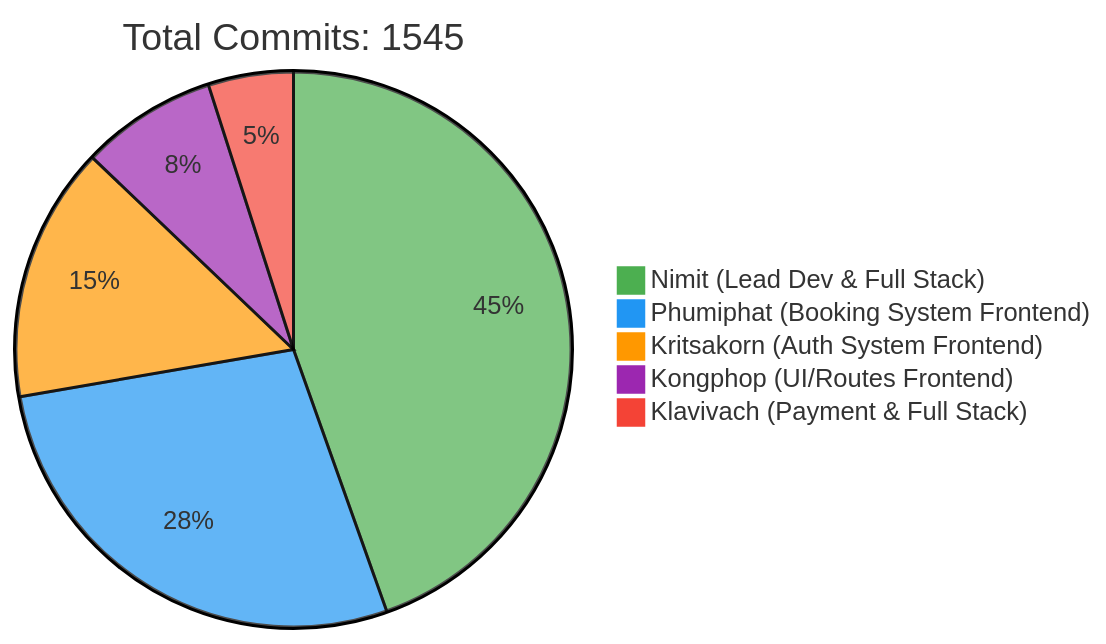
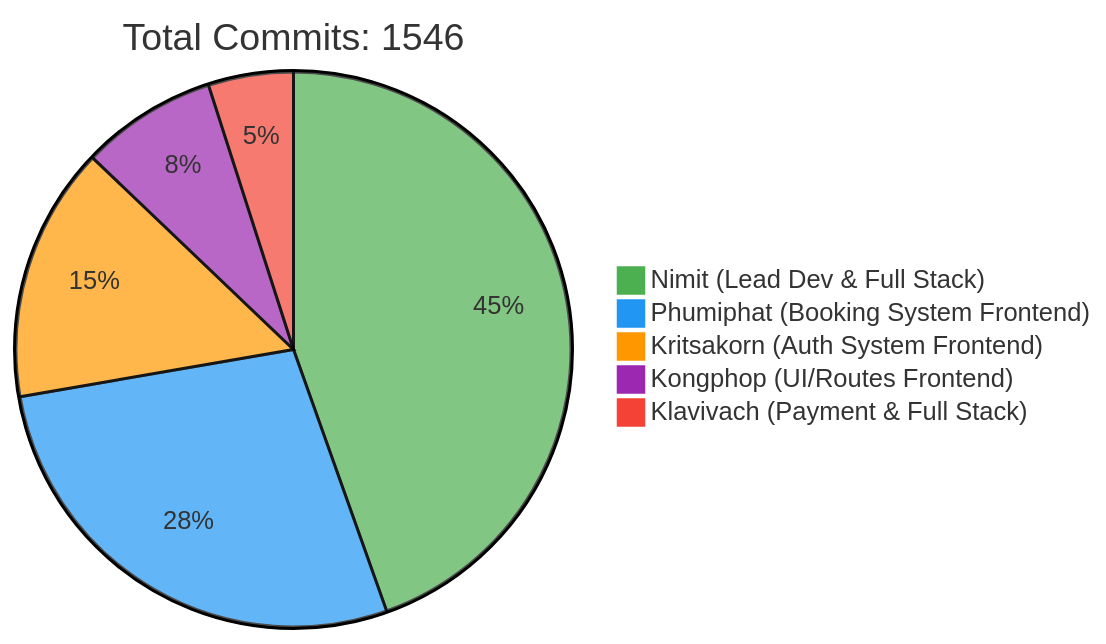
The first of 2 diagrams in README.md (6531503042/Sport-Complex), drawn with Mermaid before and after one commit. The commit also changed other lines of this file, not shown here.

Commit message:
docs: Update contributor statistics [skip ci]

````diff
--- a/README.md
+++ b/README.md
@@ -257,10 +257,10 @@
 ```mermaid
 %%{init: {'theme': 'base', 'themeVariables': { 'pie1': '#4CAF50', 'pie2': '#2196F3', 'pie3': '#FF9800', 'pie4': '#9C27B0', 'pie5': '#F44336'}}}%%
 pie
-    title Total Commits: 1545
+    title Total Commits: 1546
     "Nimit (Lead Dev & Full Stack)" : 450
     "Phumiphat (Booking System Frontend)" : 280
     "Kritsakorn (Auth System Frontend)" : 150
     "Kongphop (UI/Routes Frontend)" : 80
     "Klavivach (Payment & Full Stack)" : 50
 ```
````
